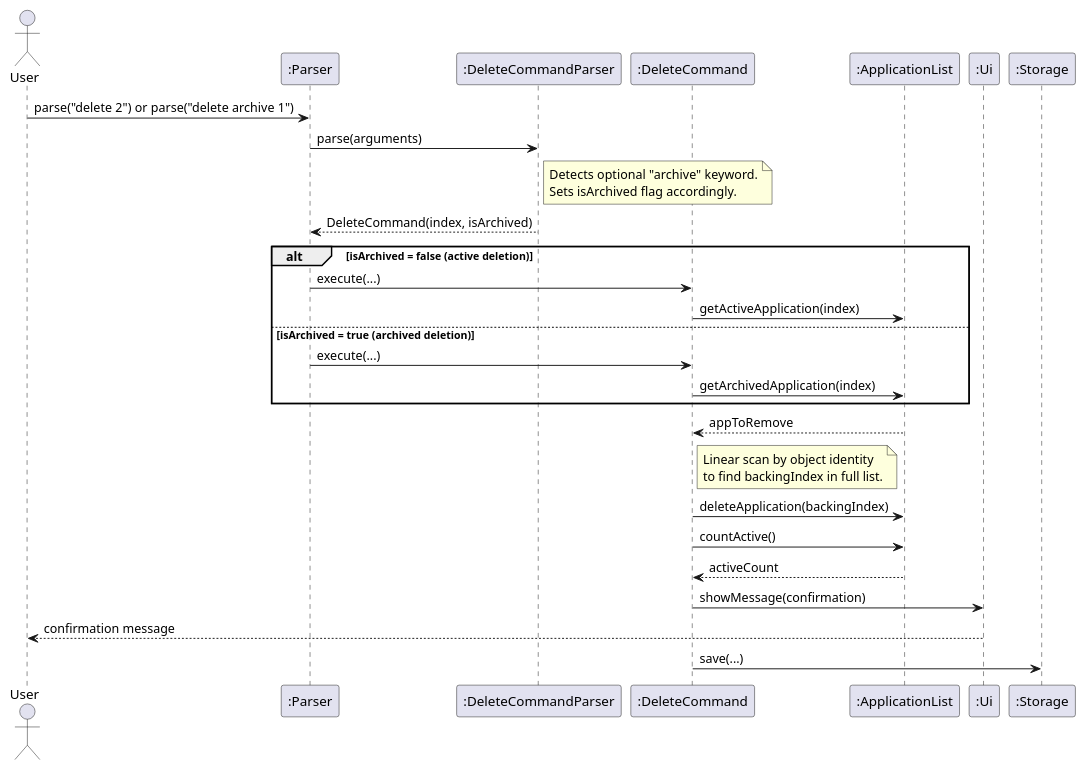
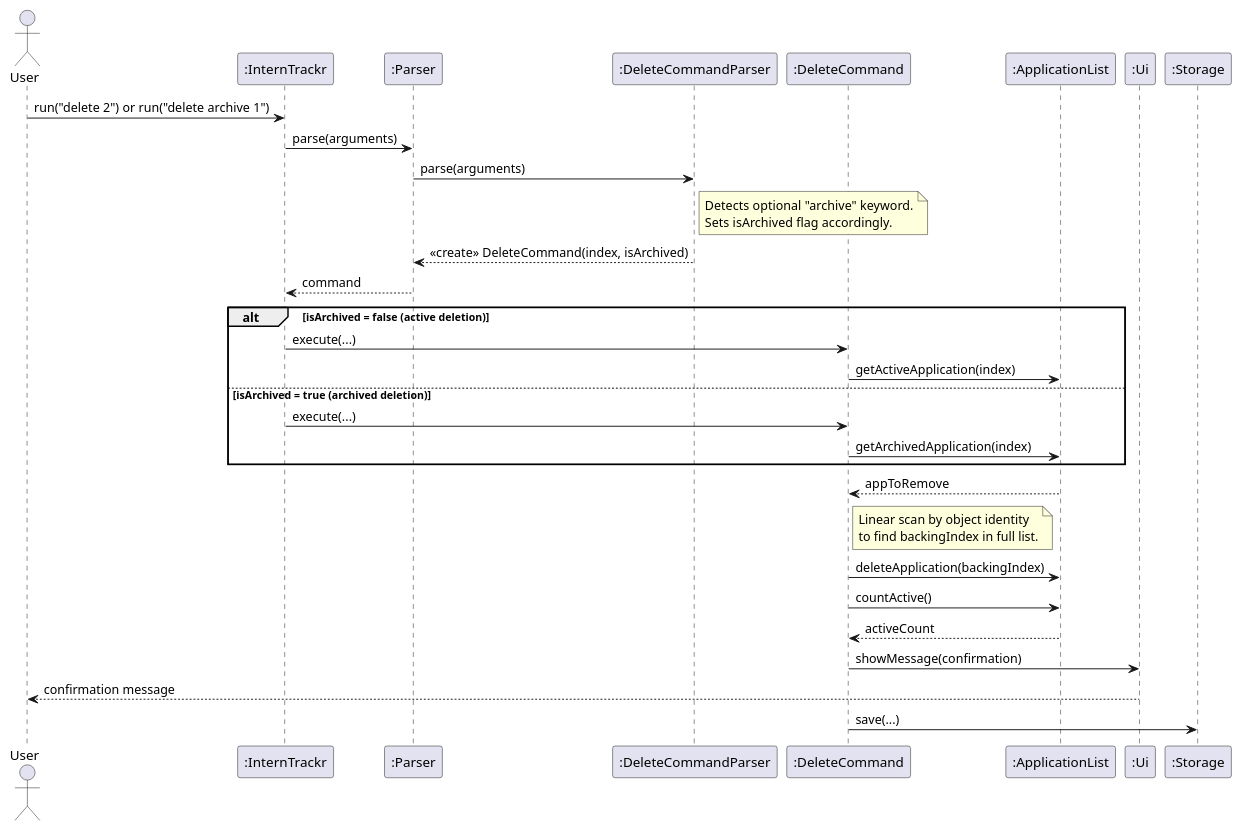
Before and after one commit to eugenia-cnl-lee/tp: the diagram in docs/diagrams/AaravDeleteCommandSequence.puml, drawn with PlantUML. The commit also changed 14 other files, not shown here.

```diff
--- a/docs/diagrams/AaravDeleteCommandSequence.puml
+++ b/docs/diagrams/AaravDeleteCommandSequence.puml
@@ -1,36 +1,39 @@
 @startuml
 actor User
+participant ":InternTrackr" as IT
 participant ":Parser" as P
 participant ":DeleteCommandParser" as DCP
 participant ":DeleteCommand" as DC
 participant ":ApplicationList" as AL
 participant ":Ui" as UI
 participant ":Storage" as S
 
-User -> P : parse("delete 2") or parse("delete archive 1")
+User -> IT : run("delete 2") or run("delete archive 1")
+IT -> P : parse(arguments)
 P -> DCP : parse(arguments)
 note right of DCP
   Detects optional "archive" keyword.
   Sets isArchived flag accordingly.
 end note
-DCP --> P : DeleteCommand(index, isArchived)
+DCP --> P : <<create>> DeleteCommand(index, isArchived)
+P --> IT : command
 
 alt isArchived = false (active deletion)
-    P -> DC : execute(...)
+    IT -> DC : execute(...)
     DC -> AL : getActiveApplication(index)
 else isArchived = true (archived deletion)
-    P -> DC : execute(...)
+    IT -> DC : execute(...)
     DC -> AL : getArchivedApplication(index)
 end
 AL --> DC : appToRemove
 note right of DC
   Linear scan by object identity
   to find backingIndex in full list.
 end note
 DC -> AL : deleteApplication(backingIndex)
 DC -> AL : countActive()
 AL --> DC : activeCount
 DC -> UI : showMessage(confirmation)
 UI --> User : confirmation message
 DC -> S : save(...)
 @enduml
```
